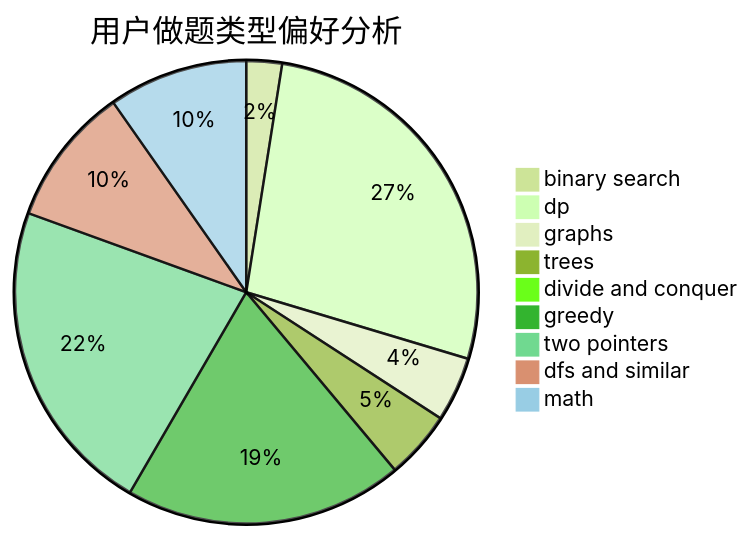
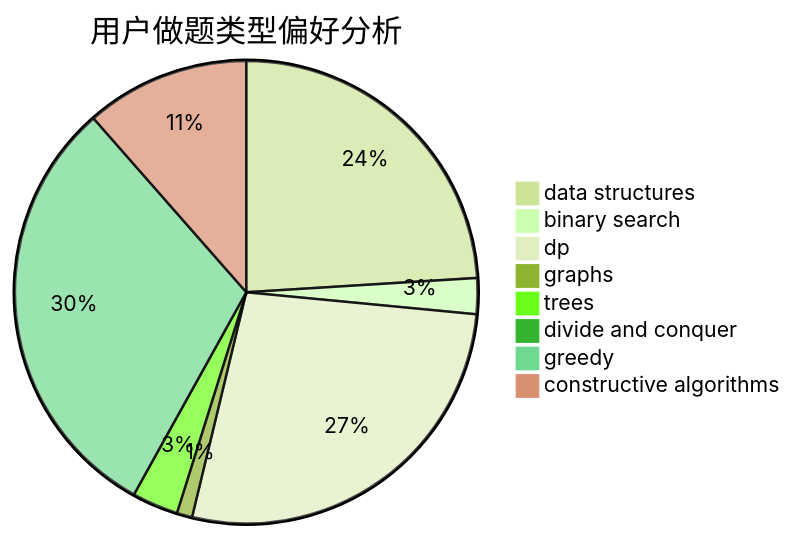
Before and after one commit to sherpahu/cfrs.github.io: the second of 3 diagrams in docs/user/u1836.md, drawn with Mermaid (forest theme). The commit also changed other lines of this file and 2775 other files, not shown here.

````diff
--- a/docs/user/u1836.md
+++ b/docs/user/u1836.md
@@ -23,12 +23,11 @@
 ```mermaid
 pie title 用户做题类型偏好分析
-    "binary search" :  11
-    "dp" :  120
-    "graphs" :  20
-    "trees" :  21
-    "divide and conquer" :  3
-    "greedy" :  86
-    "two pointers" :  98
-    "dfs and similar" :  43
-    "math" :  43
+    "data structures" :  67
+    "binary search" :  7
+    "dp" :  76
+    "graphs" :  3
+    "trees" :  9
+    "divide and conquer" :  0
+    "greedy" :  85
+    "constructive algorithms" :  32
 ```
````
